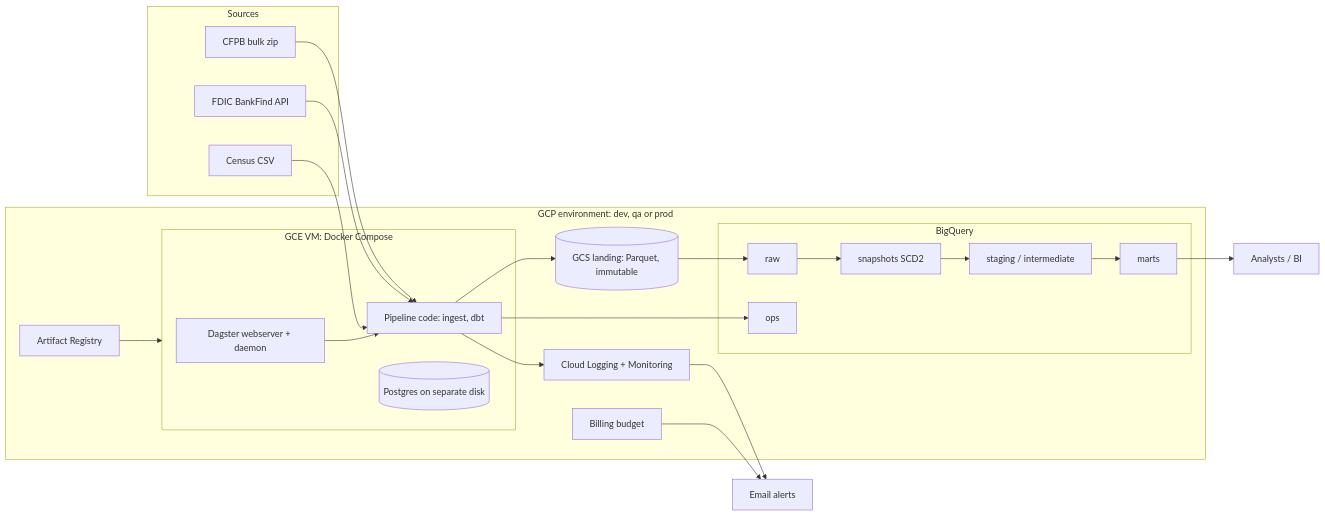
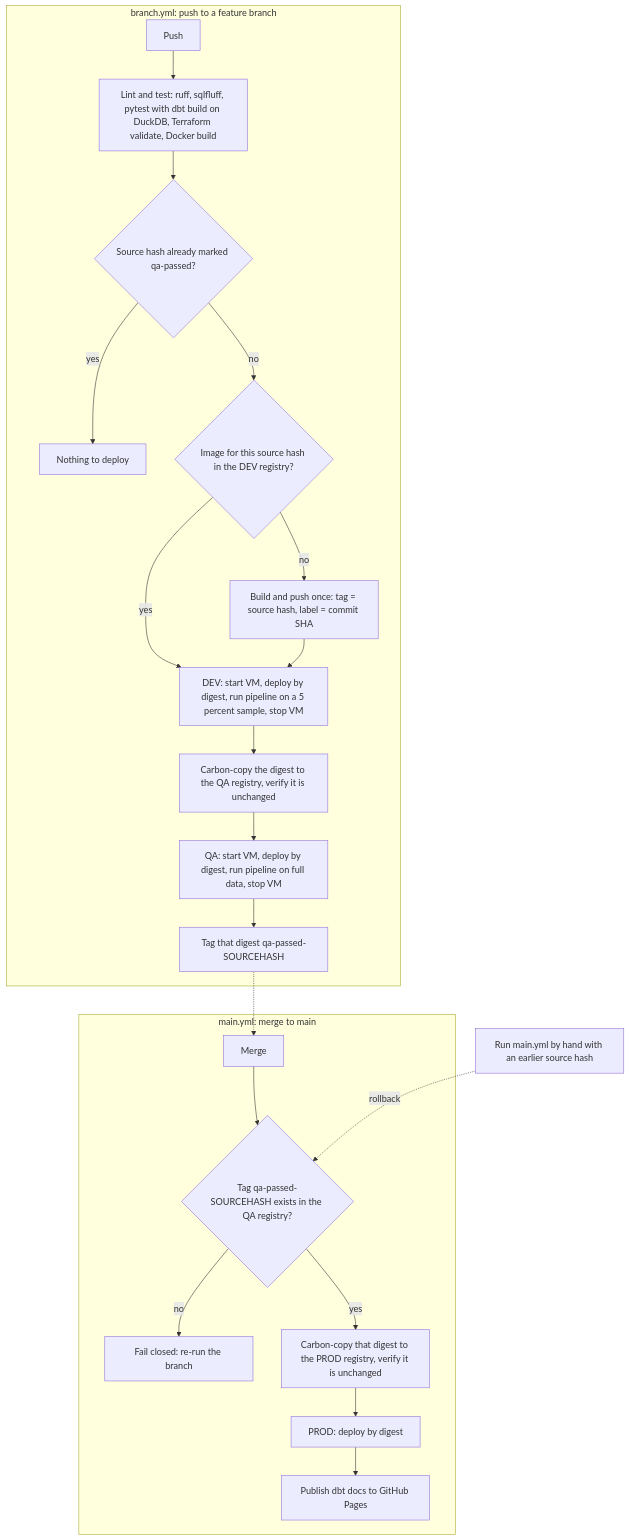
Before and after one commit to anthonywong611/complaint-canary: the third of 3 diagrams in README.md, drawn with Mermaid. The commit also changed other lines of this file and 6 other files, not shown here.

Commit message:
fix: Update diagrams and README.md

````diff
--- a/README.md
+++ b/README.md
@@ -108,33 +288,24 @@
 ```mermaid
-flowchart LR
-  subgraph Sources
-    A[CFPB bulk zip]
-    B[FDIC BankFind API]
-    C[Census CSV]
+flowchart TD
+  subgraph BR[branch.yml: push to a feature branch]
+    P[Push] --> CI[Lint and test: ruff, sqlfluff, pytest with dbt build on DuckDB, Terraform validate, Docker build]
+    CI --> Q{Source hash already marked qa-passed?}
+    Q -- yes --> SKIP[Nothing to deploy]
+    Q -- no --> E{Image for this source hash in the DEV registry?}
+    E -- no --> B[Build and push once: tag = source hash, label = commit SHA]
+    E -- yes --> D1
+    B --> D1[DEV: start VM, deploy by digest, run pipeline on a 5 percent sample, stop VM]
+    D1 --> C2[Carbon-copy the digest to the QA registry, verify it is unchanged]
+    C2 --> D2[QA: start VM, deploy by digest, run pipeline on full data, stop VM]
+    D2 --> T[Tag that digest qa-passed-SOURCEHASH]
   end
-  subgraph ENV[GCP environment: dev, qa or prod]
-    subgraph VM[GCE VM: Docker Compose]
-      D[Dagster webserver + daemon]
-      E[Pipeline code: ingest, dbt]
-      P[(Postgres on separate disk)]
-    end
-    L[(GCS landing: Parquet, immutable)]
-    subgraph BQ[BigQuery]
-      R[raw]
-      S[snapshots SCD2]
-      T[staging / intermediate]
-      M[marts]
-      O[ops]
-    end
-    Mon[Cloud Logging + Monitoring]
-    Bud[Billing budget]
-    AR[Artifact Registry]
+  subgraph MN[main.yml: merge to main]
+    M[Merge] --> V{Tag qa-passed-SOURCEHASH exists in the QA registry?}
+    V -- no --> X[Fail closed: re-run the branch]
+    V -- yes --> C3[Carbon-copy that digest to the PROD registry, verify it is unchanged]
+    C3 --> D3[PROD: deploy by digest]
+    D3 --> DOC[Publish dbt docs to GitHub Pages]
   end
-  A & B & C --> E --> L --> R --> S --> T --> M
-  E --> O
-  D --> E
-  E --> Mon --> N[Email alerts]
-  Bud --> N
-  M --> U[Analysts / BI]
-  AR --> VM
+  T -.-> M
+  RB[Run main.yml by hand with an earlier source hash] -. rollback .-> V
 ```
````
